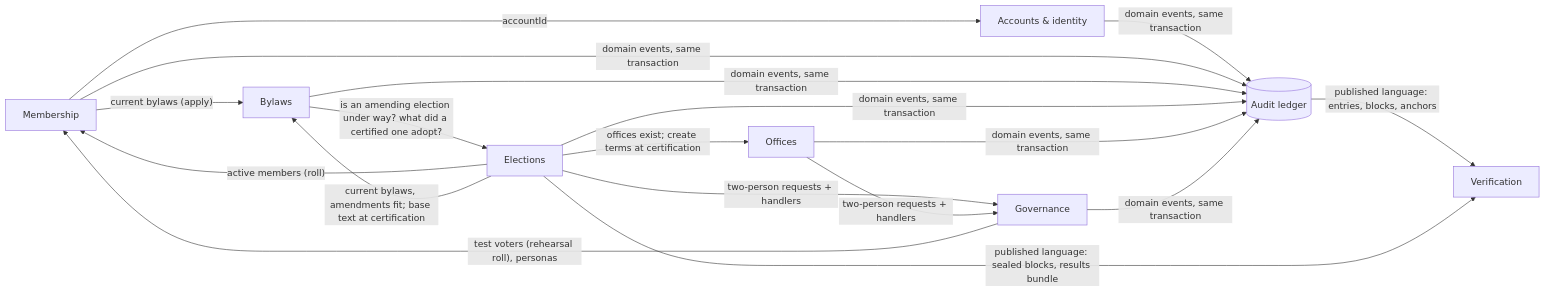
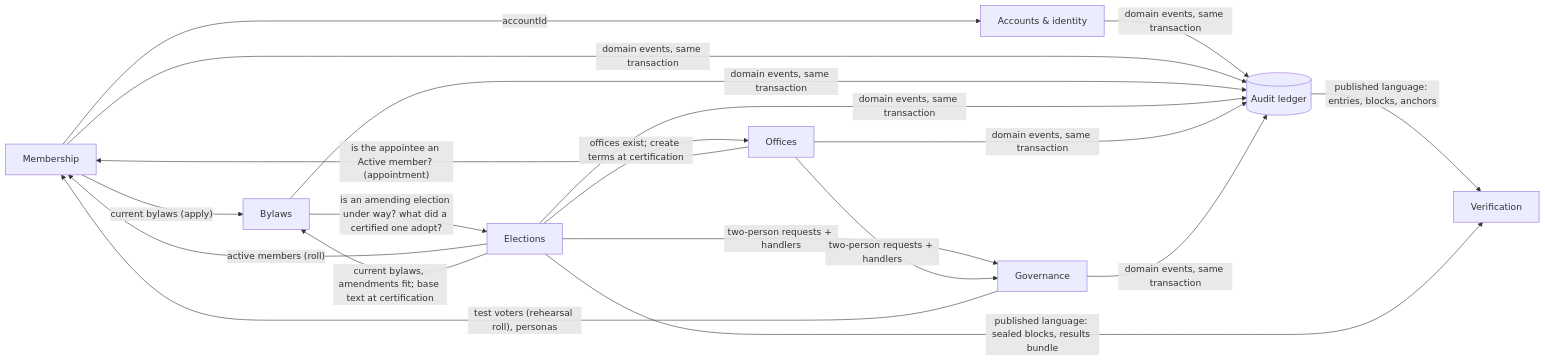
One commit to ggrow3/USTPVote2 changed the diagram in docs/DOMAIN-MODEL.md. Above: the diagram before and after it, drawn with Mermaid. The commit also changed other lines of this file and 33 other files, not shown here.

````diff
--- a/docs/DOMAIN-MODEL.md
+++ b/docs/DOMAIN-MODEL.md
@@ -61,22 +61,23 @@
 ```mermaid
 flowchart LR
   ACC[Accounts & identity]
   MEM[Membership]
   BYL[Bylaws]
   ELE[Elections]
   OFF[Offices]
   GOV[Governance]
   LED[(Audit ledger)]
   VER[Verification]
   MEM -- accountId --> ACC
   MEM -- "current bylaws (apply)" --> BYL
   ELE -- "active members (roll)" --> MEM
   ELE -- "current bylaws, amendments fit; base text at certification" --> BYL
   BYL -- "is an amending election under way? what did a certified one adopt?" --> ELE
   ELE -- "offices exist; create terms at certification" --> OFF
+  OFF -- "is the appointee an Active member? (appointment)" --> MEM
   ELE & OFF -- "two-person requests + handlers" --> GOV
   GOV -- "test voters (rehearsal roll), personas" --> MEM
   ACC & MEM & BYL & ELE & OFF & GOV -- "domain events, same transaction" --> LED
   LED -- "published language: entries, blocks, anchors" --> VER
   ELE -- "published language: sealed blocks, results bundle" --> VER
 ```
````
